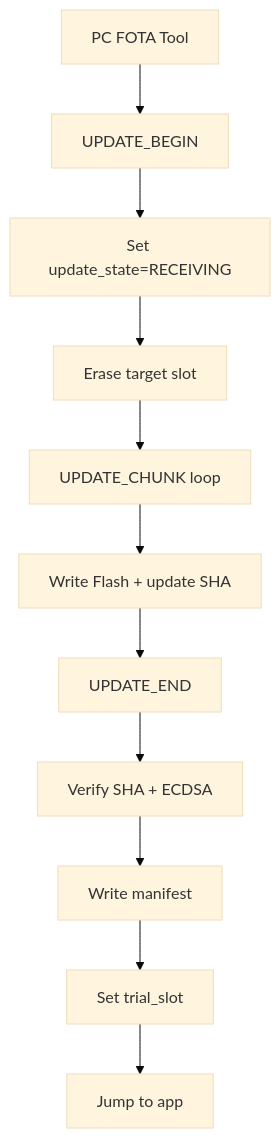
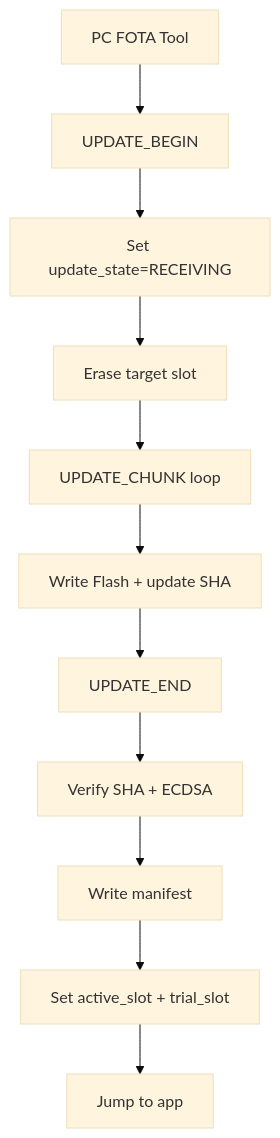
Before and after one commit to tiem-alpha/secure_bootloader: the fourth of 7 diagrams in README.md, drawn with Mermaid (base theme). The commit also changed other lines of this file and 11 other files, not shown here.

````diff
--- a/README.md
+++ b/README.md
@@ -472,13 +483,13 @@
 ```mermaid
 flowchart TD
     PC[PC FOTA Tool] --> BEGIN[UPDATE_BEGIN]
     BEGIN --> MARK[Set update_state=RECEIVING]
     MARK --> ERASE[Erase target slot]
     ERASE --> CHUNK[UPDATE_CHUNK loop]
     CHUNK --> WRITE[Write Flash + update SHA]
     WRITE --> END[UPDATE_END]
     END --> VERIFY[Verify SHA + ECDSA]
     VERIFY --> MANIFEST[Write manifest]
-    MANIFEST --> TRIAL[Set trial_slot]
+    MANIFEST --> TRIAL[Set active_slot + trial_slot]
     TRIAL --> JUMP[Jump to app]
 ```
````
